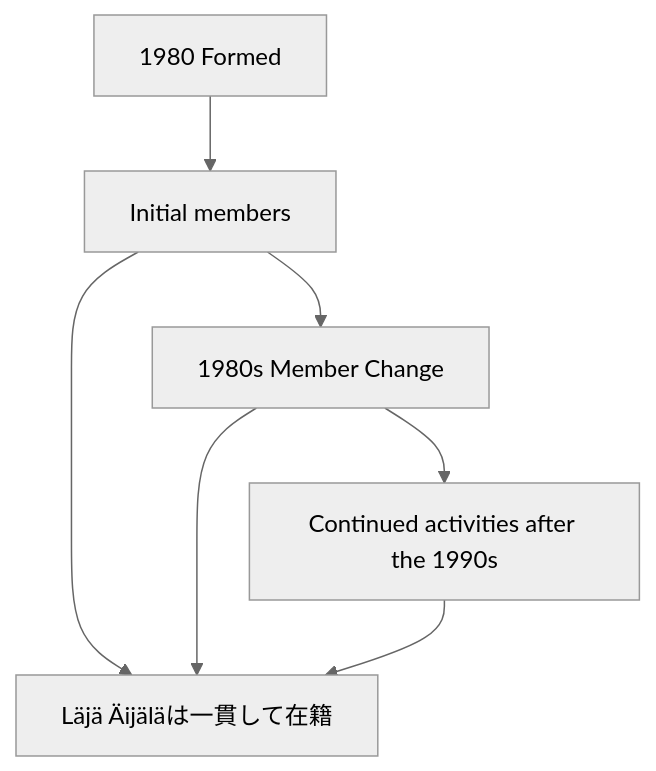
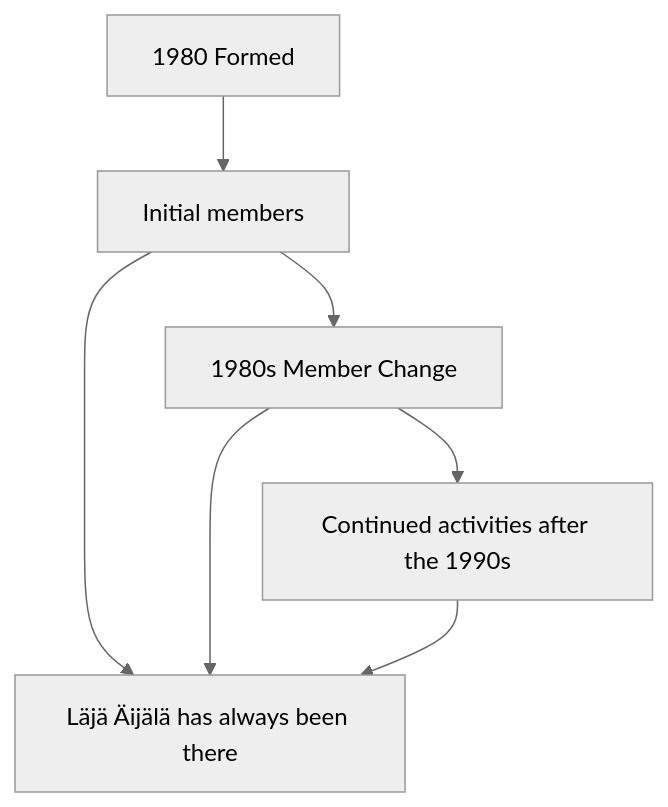
One commit to monumental-movement/monumental-movement.github.io changed the sixth of 13 diagrams in en/_posts/2026-07-13-column-terveet-kadet.md. Above: the diagram before and after it, drawn with Mermaid (neutral theme). The commit also changed other lines of this file and 851 other files, not shown here.

```diff
--- a/en/_posts/2026-07-13-column-terveet-kadet.md
+++ b/en/_posts/2026-07-13-column-terveet-kadet.md
@@ -332,16 +332,16 @@
 <div class="mermaid">
 graph TD
 A["1980 Formed"]
 B["Initial members"]
 C["1980s Member Change"]
 D["Continued activities after the 1990s"]
-E["Läjä Äijäläは一貫して在籍"]
+E["Läjä Äijälä has always been there"]
 
 A --> B
 B --> C
 C --> D
 B --> E
 C --> E
 D --> E
 
 </div>
```
